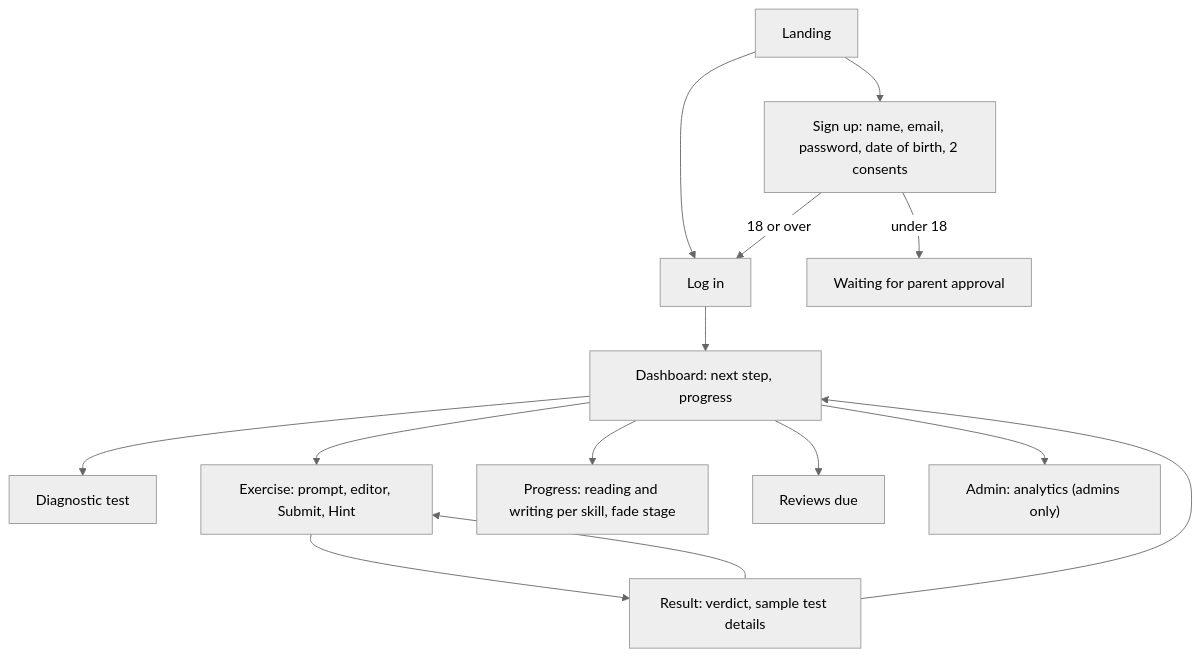
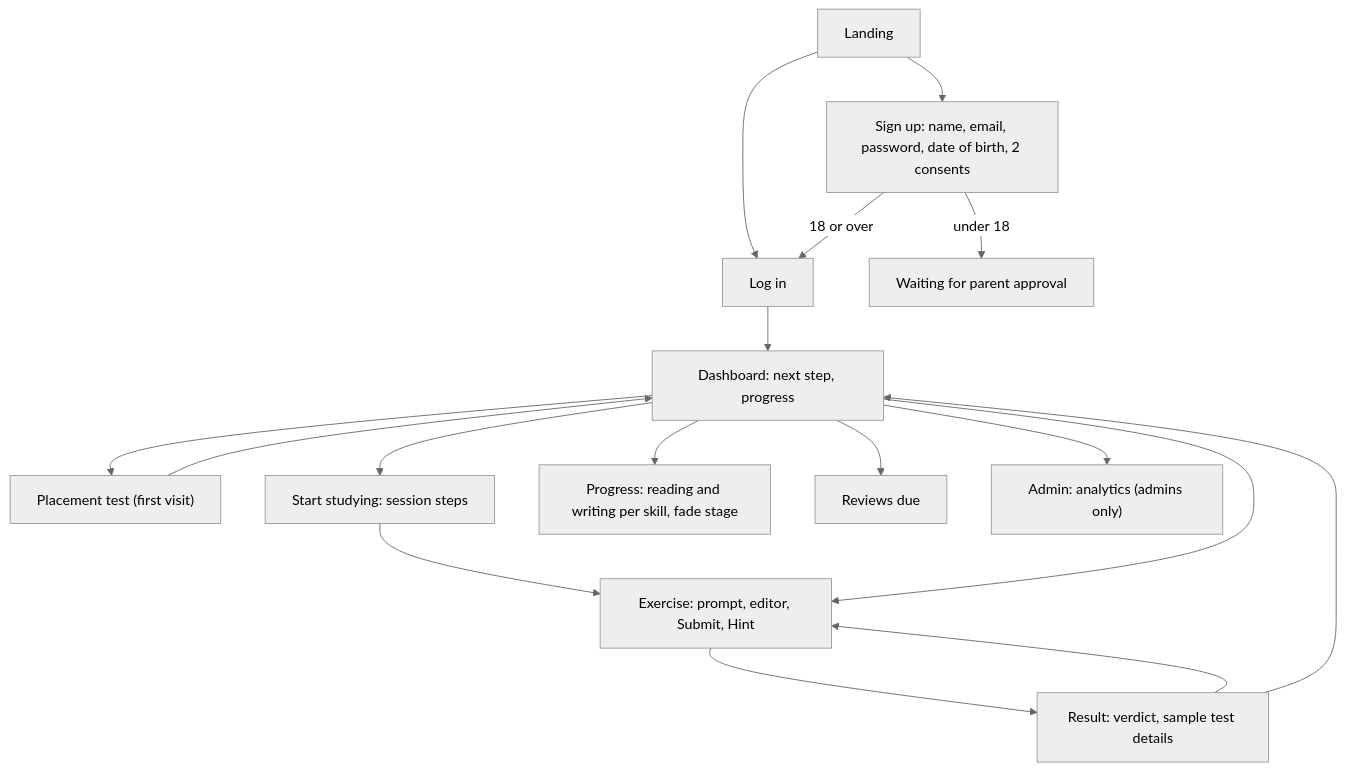
Before and after one commit to Nidanos/ai-tutor-platform: diagram 18 of 19 in DOCS/phase-3/MP3-Draft-Report.md, drawn with Mermaid (neutral theme). The commit also changed other lines of this file and 1 other file, not shown here.

````diff
--- a/DOCS/phase-3/MP3-Draft-Report.md
+++ b/DOCS/phase-3/MP3-Draft-Report.md
@@ -1287,16 +1468,19 @@
 ```mermaid
 flowchart TD
   L["Landing"] --> R["Sign up: name, email, password, date of birth, 2 consents"]
   L --> LI["Log in"]
   R -->|18 or over| LI
   R -->|under 18| P["Waiting for parent approval"]
   LI --> D["Dashboard: next step, progress"]
-  D --> DG["Diagnostic test"]
+  D --> DG["Placement test (first visit)"]
+  DG --> D
+  D --> SS["Start studying: session steps"]
+  SS --> EX
   D --> EX["Exercise: prompt, editor, Submit, Hint"]
   EX --> RS["Result: verdict, sample test details"]
   RS --> EX
   RS --> D
   D --> PR["Progress: reading and writing per skill, fade stage"]
   D --> RV["Reviews due"]
   D --> AD["Admin: analytics (admins only)"]
 ```
````
